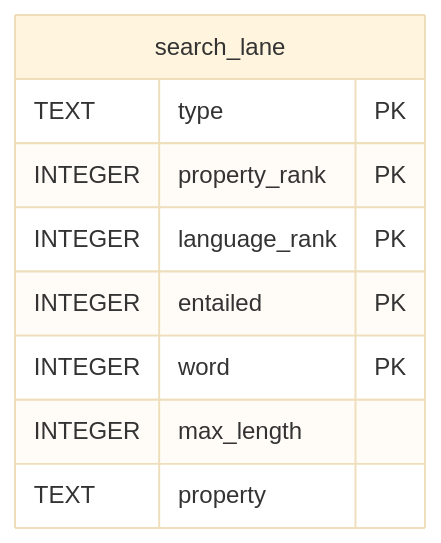
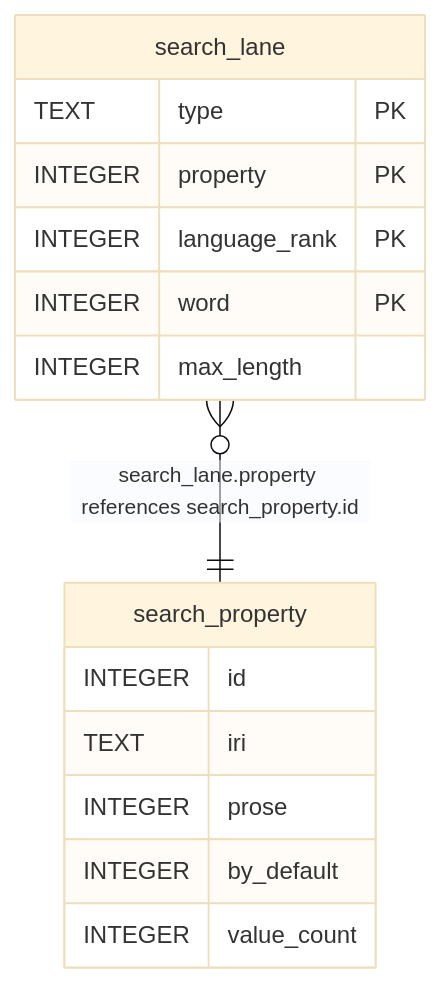
Before and after one commit to jclerman/browl: the diagram in docs/schema/derived/search_lane.md, drawn with Mermaid (base theme). The commit also changed other lines of this file and 10 other files, not shown here.

First line of the commit message:
P-42: document every annotation property's search

````diff
--- a/docs/schema/derived/search_lane.md
+++ b/docs/schema/derived/search_lane.md
@@ -56,14 +51,20 @@
 ```mermaid
 erDiagram
 
+"search_lane" }o--|| "search_property" : "search_lane.property references search_property.id"
 
 "search_lane" {
   TEXT type PK
-  INTEGER property_rank PK
+  INTEGER property PK
   INTEGER language_rank PK
-  INTEGER entailed PK
   INTEGER word PK
   INTEGER max_length
-  TEXT property
+}
+"search_property" {
+  INTEGER id
+  TEXT iri
+  INTEGER prose
+  INTEGER by_default
+  INTEGER value_count
 }
 ```
````
